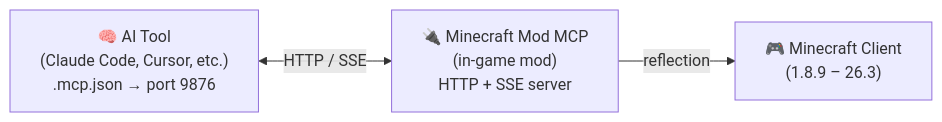
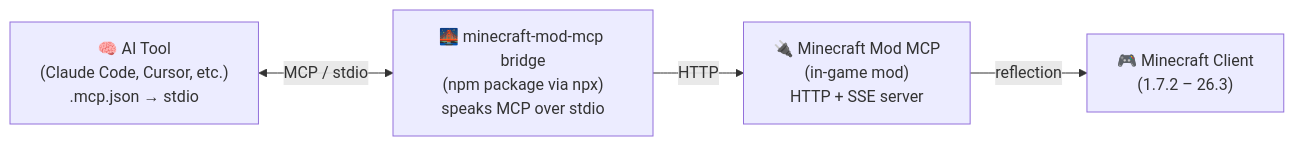
Before and after one commit to langyo/minecraft-mod-mcp: the diagram in README.md, drawn with Mermaid. The commit also changed other lines of this file and 19 other files, not shown here.

````diff
--- a/README.md
+++ b/README.md
@@ -133,9 +131,11 @@
 ```mermaid
 flowchart LR
-    A["🧠 AI Tool<br/>(Claude Code, Cursor, etc.)<br/>.mcp.json → port 9876"]
-    B["🔌 Minecraft Mod MCP<br/>(in-game mod)<br/>HTTP + SSE server"]
-    C["🎮 Minecraft Client<br/>(1.8.9 – 26.3)"]
+    A["🧠 AI Tool<br/>(Claude Code, Cursor, etc.)<br/>.mcp.json → stdio"]
+    B["🌉 minecraft-mod-mcp bridge<br/>(npm package via npx)<br/>speaks MCP over stdio"]
+    C["🔌 Minecraft Mod MCP<br/>(in-game mod)<br/>HTTP + SSE server"]
+    D["🎮 Minecraft Client<br/>(1.7.2 – 26.3)"]
 
-    A <-- "HTTP / SSE" --> B
-    B -- "reflection" --> C
+    A <-- "MCP / stdio" --> B
+    B -- "HTTP" --> C
+    C -- "reflection" --> D
 ```
````
